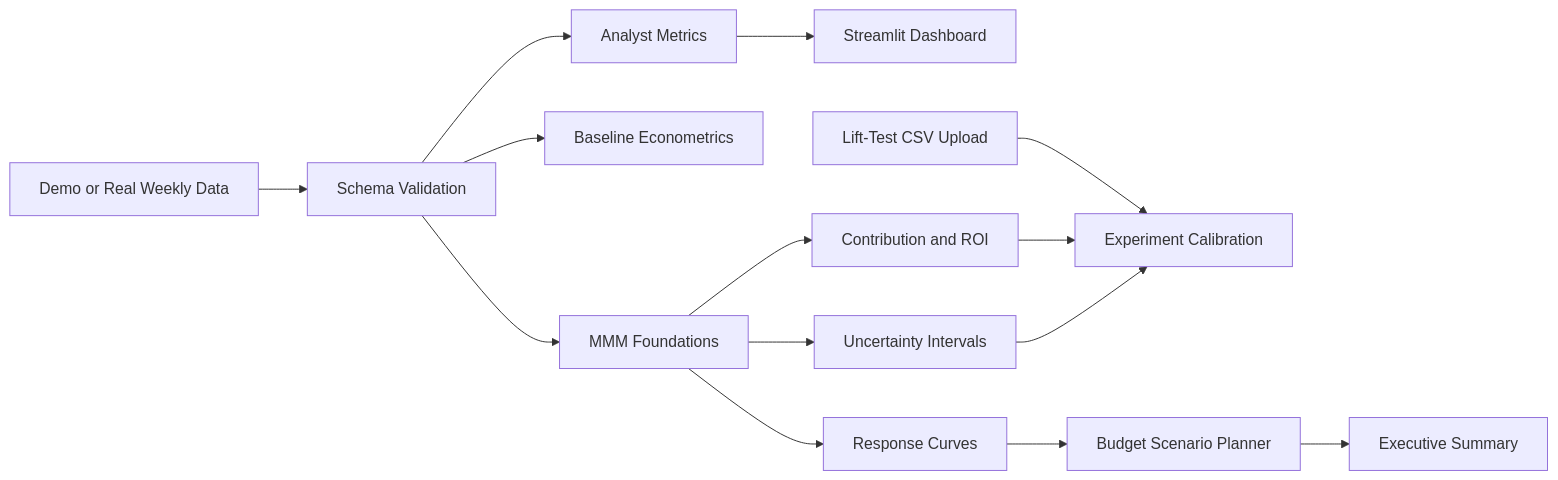
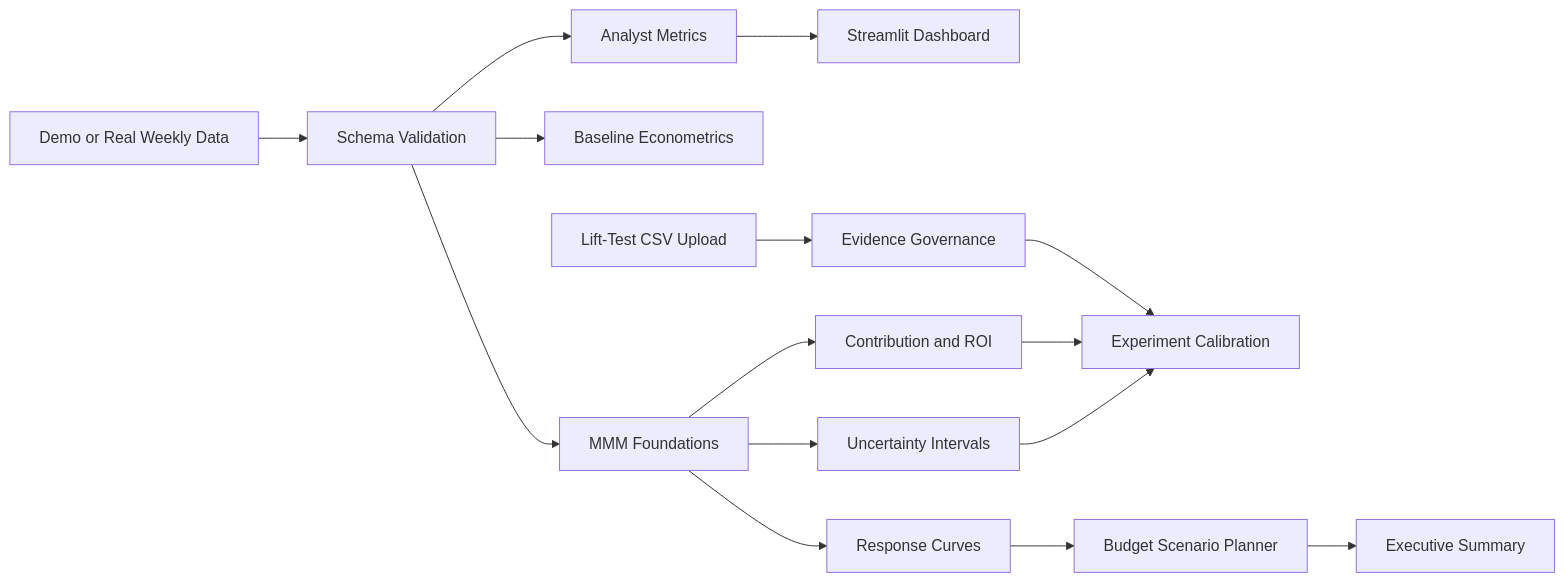
Before and after one commit to rosscyking1115/marketing-effectiveness-lab: the first of 2 diagrams in docs/architecture.md, drawn with Mermaid. The commit also changed other lines of this file and 7 other files, not shown here.

Commit message:
Add experiment evidence governance

````diff
--- a/docs/architecture.md
+++ b/docs/architecture.md
@@ -7,16 +7,17 @@
 ```mermaid
 flowchart LR
     A["Demo or Real Weekly Data"] --> B["Schema Validation"]
     B --> C["Analyst Metrics"]
     C --> D["Streamlit Dashboard"]
     B --> E["Baseline Econometrics"]
     B --> F["MMM Foundations"]
     F --> G["Contribution and ROI"]
     F --> H["Uncertainty Intervals"]
-    M["Lift-Test CSV Upload"] --> I["Experiment Calibration"]
+    M["Lift-Test CSV Upload"] --> N["Evidence Governance"]
+    N --> I["Experiment Calibration"]
     G --> I
     H --> I
     F --> J["Response Curves"]
     J --> K["Budget Scenario Planner"]
     K --> L["Executive Summary"]
 ```
````
